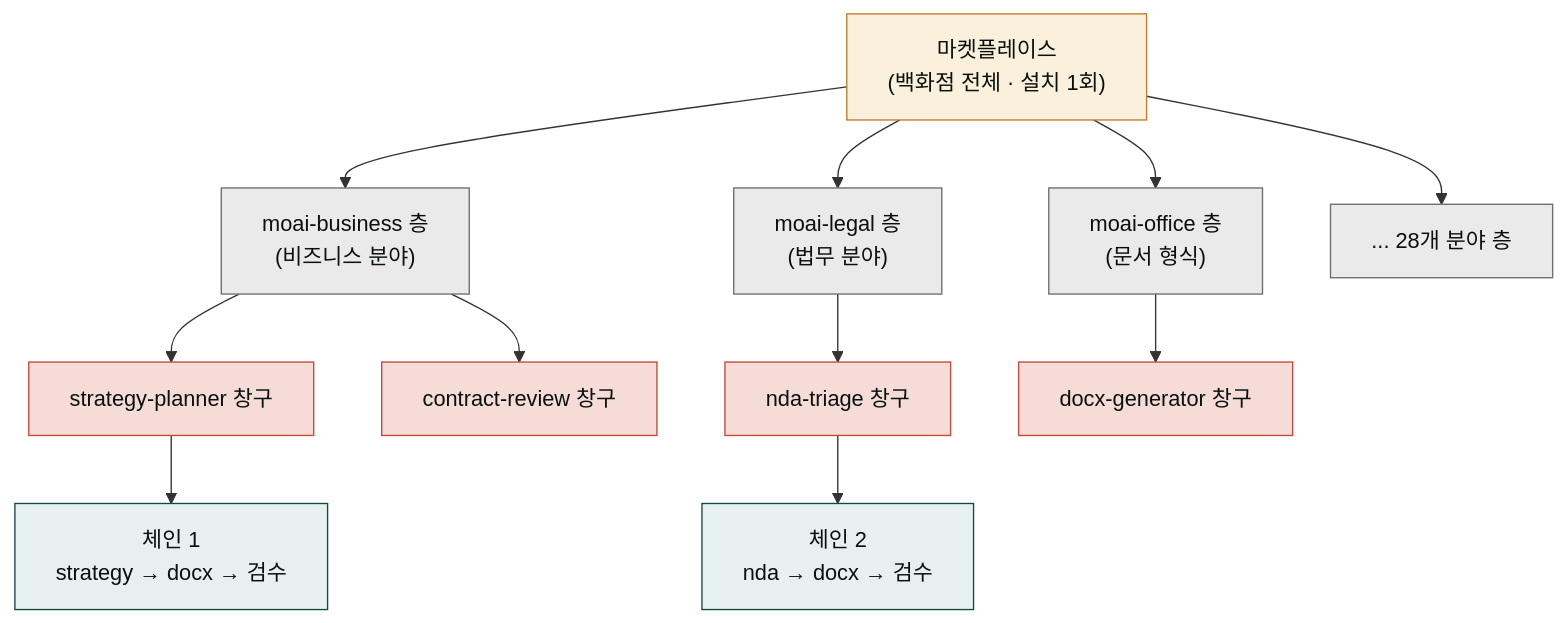
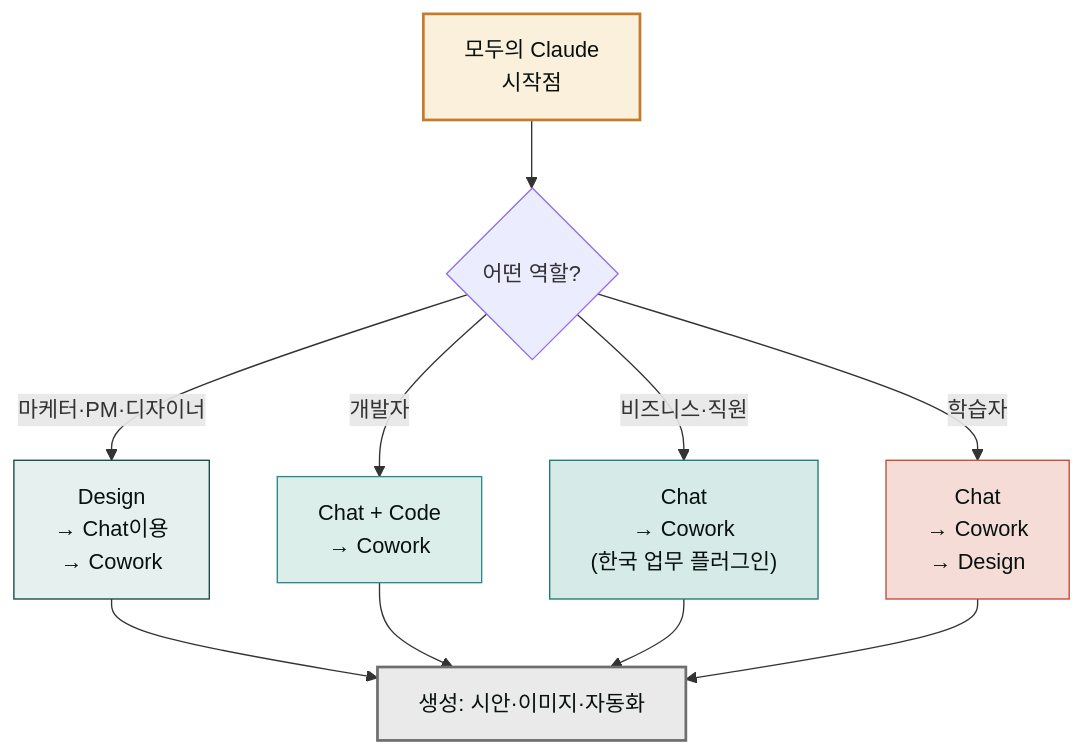
One commit to modu-ai/claude changed the second of 2 diagrams in content/_index.md. Above: the diagram before and after it, drawn with Mermaid. The commit also changed other lines of this file and 96 other files, not shown here.

First line of the commit message:
docs(docs-site): 모두의 클로드 재설계 — Chat/Code/Design 섹션 + 플러그인 서브페이지 + 릴리스 노트

````diff
--- a/content/_index.md
+++ b/content/_index.md
@@ -109,28 +125,20 @@
 ```mermaid
 flowchart TD
-    M["마켓플레이스<br/>(백화점 전체 · 설치 1회)"]
-    M --> P1["moai-business 층<br/>(비즈니스 분야)"]
-    M --> P2["moai-legal 층<br/>(법무 분야)"]
-    M --> P3["moai-office 층<br/>(문서 형식)"]
-    M --> PN["... 28개 분야 층"]
-
-    P1 --> S1["strategy-planner 창구"]
-    P1 --> S2["contract-review 창구"]
-    P2 --> S3["nda-triage 창구"]
-    P3 --> S4["docx-generator 창구"]
-
-    S1 --> C1["체인 1<br/>strategy → docx → 검수"]
-    S3 --> C2["체인 2<br/>nda → docx → 검수"]
-
-    style M fill:#fbf0dc,stroke:#c47b2a,color:#09110f
-    style P1 fill:#eaeaea,stroke:#6e6e6e,color:#09110f
-    style P2 fill:#eaeaea,stroke:#6e6e6e,color:#09110f
-    style P3 fill:#eaeaea,stroke:#6e6e6e,color:#09110f
-    style PN fill:#eaeaea,stroke:#6e6e6e,color:#09110f
-    style S1 fill:#f5dcd7,stroke:#c44a3a,color:#09110f
-    style S2 fill:#f5dcd7,stroke:#c44a3a,color:#09110f
-    style S3 fill:#f5dcd7,stroke:#c44a3a,color:#09110f
-    style S4 fill:#f5dcd7,stroke:#c44a3a,color:#09110f
-    style C1 fill:#e6f0ef,stroke:#144a46,color:#09110f
-    style C2 fill:#e6f0ef,stroke:#144a46,color:#09110f
+    A["모두의 Claude<br/>시작점"] --> B{어떤 역할?}
+    B -->|마케터·PM·디자이너| C["Design<br/>→ Chat이용<br/>→ Cowork"]
+    B -->|개발자| D["Chat + Code<br/>→ Cowork"]
+    B -->|비즈니스·직원| E["Chat<br/>→ Cowork<br/>(한국 업무 플러그인)"]
+    B -->|학습자| F["Chat<br/>→ Cowork<br/>→ Design"]
+    
+    C --> G["생성: 시안·이미지·자동화"]
+    D --> G
+    E --> G
+    F --> G
+    
+    style A fill:#fbf0dc,stroke:#c47b2a,stroke-width:2px,color:#09110f
+    style C fill:#e6f0ef,stroke:#144a46,color:#09110f
+    style D fill:#dceee9,stroke:#2a8a8c,color:#09110f
+    style E fill:#d6ebe7,stroke:#1c7c70,color:#09110f
+    style F fill:#f5dcd7,stroke:#c44a3a,color:#09110f
+    style G fill:#eaeaea,stroke:#6e6e6e,stroke-width:2px,color:#09110f
 ```
````
